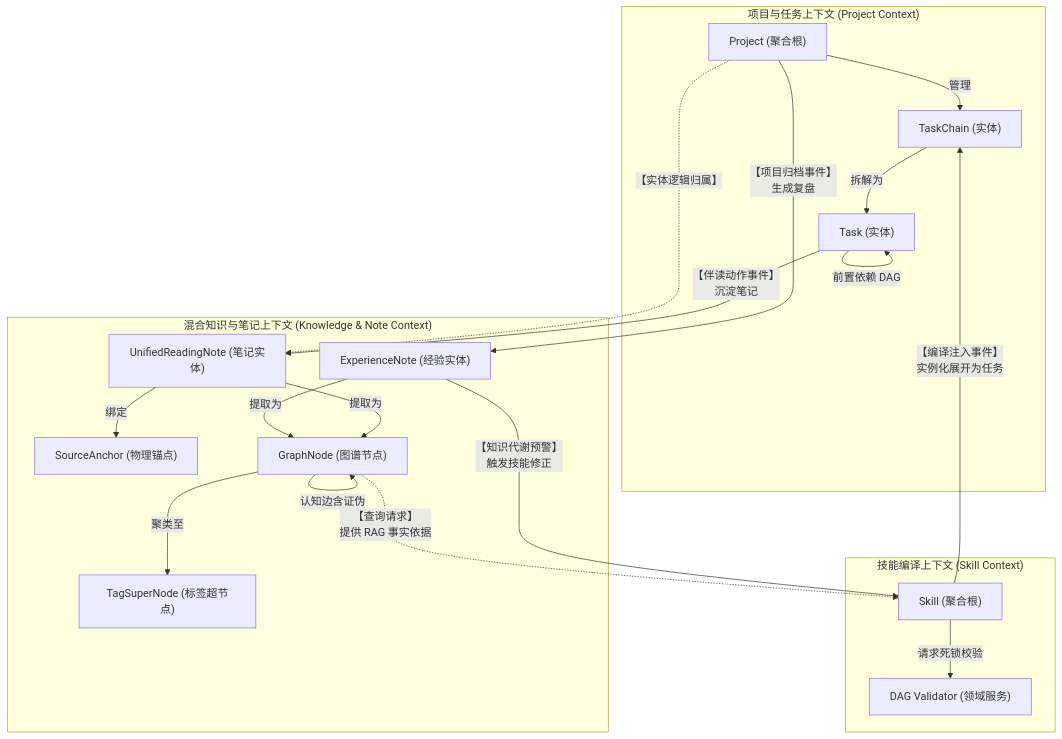
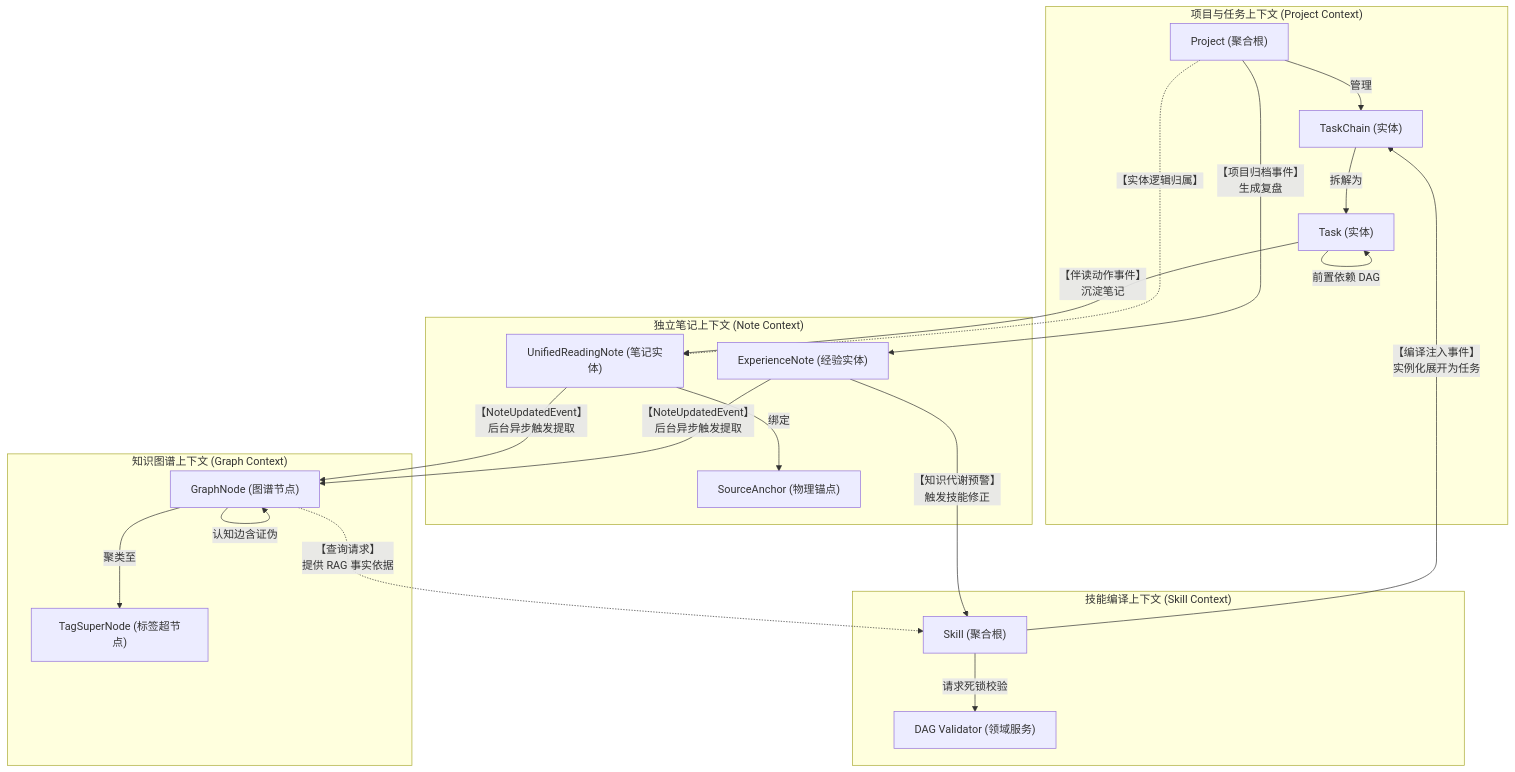
The second of 3 diagrams in docs/06_system_architecture/backend_design_spec_v1.0.md (shanglihong/i-have-a-plan), drawn with Mermaid before and after one commit. The commit also changed other lines of this file, not shown here.

Commit message:
docs: update backend design specification to v1.0 architecture standards

````diff
--- a/docs/06_system_architecture/backend_design_spec_v1.0.md
+++ b/docs/06_system_architecture/backend_design_spec_v1.0.md
@@ -112,49 +112,55 @@
 ```mermaid
 graph TD
     %% 限界上下文 (Bounded Contexts)
     
     subgraph ProjectDomain ["项目与任务上下文 (Project Context)"]
         P_Proj["Project (聚合根)"]
         P_TC["TaskChain (实体)"]
         P_Task["Task (实体)"]
         
         P_Proj -->|管理| P_TC
         P_TC -->|拆解为| P_Task
         P_Task -->|前置依赖 DAG| P_Task
     end
 
-    subgraph KnowledgeDomain ["混合知识与笔记上下文 (Knowledge & Note Context)"]
+    subgraph NoteDomain ["独立笔记上下文 (Note Context)"]
         K_URN["UnifiedReadingNote (笔记实体)"]
         K_EN["ExperienceNote (经验实体)"]
         K_SA["SourceAnchor (物理锚点)"]
+        
+        K_URN -->|绑定| K_SA
+    end
+
+    subgraph GraphDomain ["知识图谱上下文 (Graph Context)"]
         K_Graph["GraphNode (图谱节点)"]
         K_Tag["TagSuperNode (标签超节点)"]
         
-        K_URN -->|提取为| K_Graph
-        K_EN -->|提取为| K_Graph
-        K_URN -->|绑定| K_SA
         K_Graph -->|认知边含证伪| K_Graph
         K_Graph -->|聚类至| K_Tag
     end
 
     subgraph SkillDomain ["技能编译上下文 (Skill Context)"]
         S_Skill["Skill (聚合根)"]
         S_DAG["DAG Validator (领域服务)"]
         
         S_Skill -->|请求死锁校验| S_DAG
     end
 
     %% 上下文映射 (Context Mapping) 与跨界边界交互
     
     %% 项目域 -> 知识域 (归属与沉淀)
     P_Proj -->|"【项目归档事件】<br>生成复盘"| K_EN
     P_Task -->|"【伴读动作事件】<br>沉淀笔记"| K_URN
     P_Proj -.->|"【实体逻辑归属】"| K_URN
     
+    %% 笔记域 -> 图谱域 (异步事件)
+    K_URN -->|"【NoteUpdatedEvent】<br>后台异步触发提取"| K_Graph
+    K_EN -->|"【NoteUpdatedEvent】<br>后台异步触发提取"| K_Graph
+
     %% 知识域 -> 技能域 (触发与上下文)
     K_EN -->|"【知识代谢预警】<br>触发技能修正"| S_Skill
     K_Graph -.->|"【查询请求】<br>提供 RAG 事实依据"| S_Skill
     
     %% 技能域 -> 项目域 (驱动执行)
     S_Skill -->|"【编译注入事件】<br>实例化展开为任务"| P_TC
 ```
````
